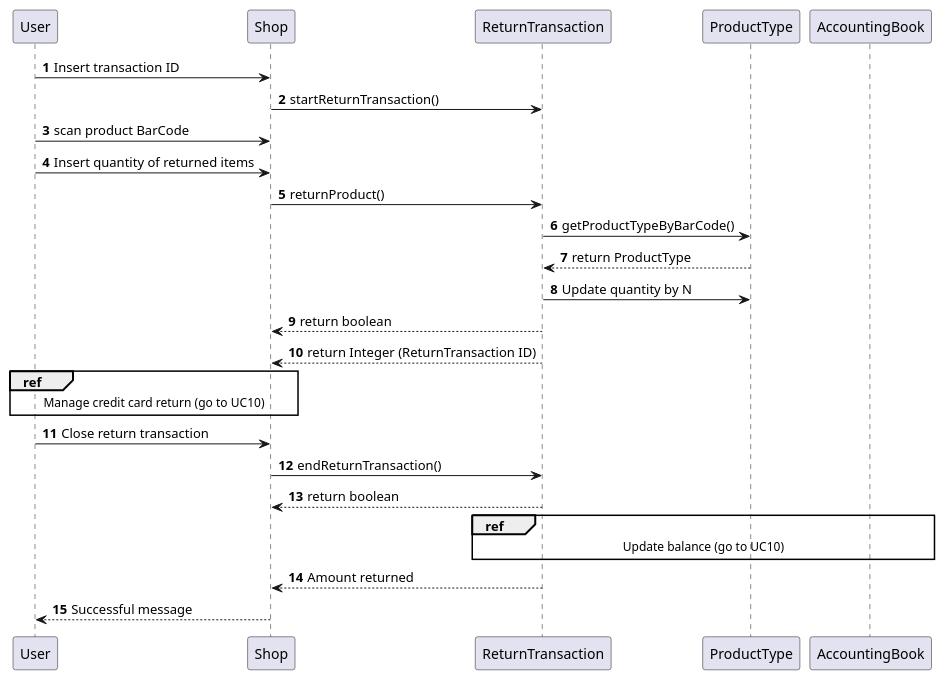
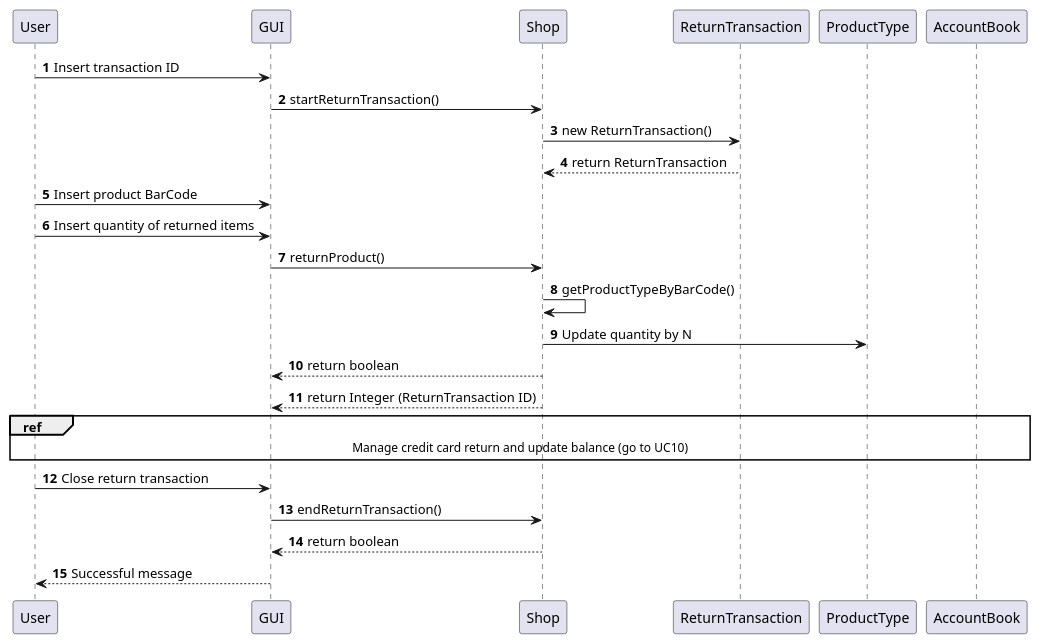
One commit to Stormz4/group20-EzShop changed diagram 16 of 20 in Deliverables/DesignDocument.md. Above: the diagram before and after it, drawn with PlantUML. The commit also changed other lines of this file, not shown here.

````diff
--- a/Deliverables/DesignDocument.md
+++ b/Deliverables/DesignDocument.md
@@ -528,28 +531,23 @@
 ```plantuml
 @startuml
 autonumber
-User -> Shop: Insert transaction ID
-Shop -> ReturnTransaction: startReturnTransaction()
-User -> Shop: scan product BarCode
-User -> Shop: Insert quantity of returned items
-Shop -> ReturnTransaction: returnProduct()
-ReturnTransaction -> ProductType: getProductTypeByBarCode()
-ProductType --> ReturnTransaction: return ProductType
-ReturnTransaction -> ProductType: Update quantity by N
-ReturnTransaction --> Shop: return boolean
-ReturnTransaction --> Shop: return Integer (ReturnTransaction ID)
-ref over Shop, User
-Manage credit card return (go to UC10)
+User -> GUI: Insert transaction ID
+GUI -> Shop: startReturnTransaction()
+Shop -> ReturnTransaction: new ReturnTransaction()
+ReturnTransaction --> Shop: return ReturnTransaction
+User -> GUI: Insert product BarCode
+User -> GUI: Insert quantity of returned items
+GUI -> Shop: returnProduct()
+Shop -> Shop: getProductTypeByBarCode()
+Shop -> ProductType: Update quantity by N
+Shop --> GUI: return boolean
+Shop --> GUI: return Integer (ReturnTransaction ID)
+ref over GUI, User, Shop, AccountBook
+Manage credit card return and update balance (go to UC10)
 end ref
-User -> Shop: Close return transaction
-Shop -> ReturnTransaction: endReturnTransaction()
-ReturnTransaction --> Shop: return boolean
-
-ref over ReturnTransaction, AccountingBook
-Update balance (go to UC10)
-end ref
-
-ReturnTransaction --> Shop: Amount returned
-Shop --> User: Successful message
+User -> GUI: Close return transaction
+GUI -> Shop: endReturnTransaction()
+Shop --> GUI: return boolean
+GUI --> User: Successful message
 @enduml
 ```
````
